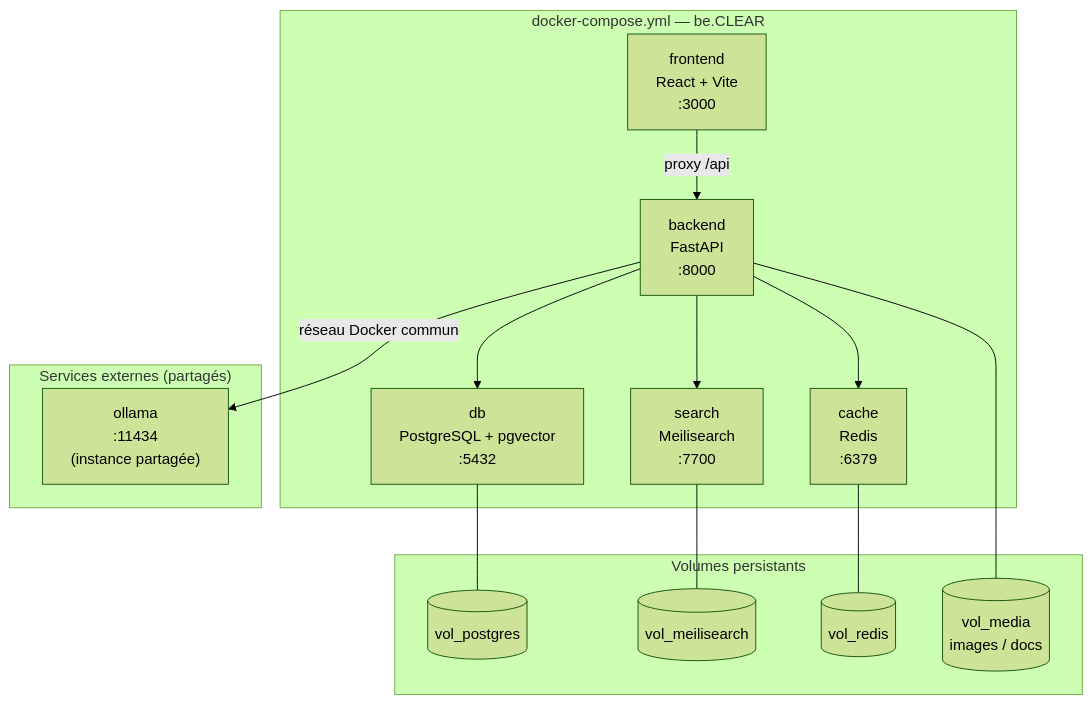
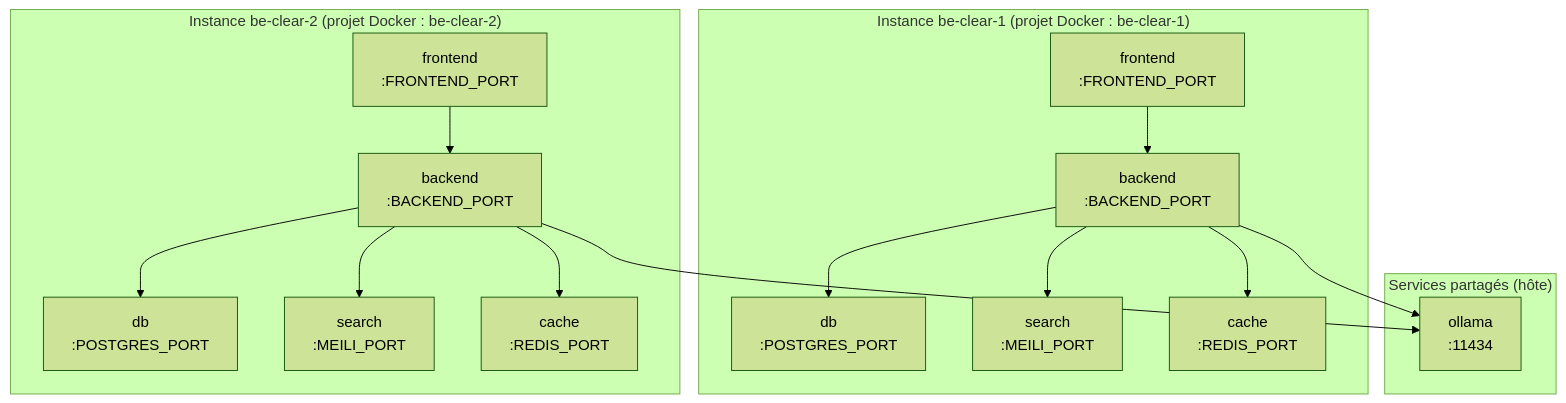
Before and after one commit to pat-the-geek/be-clear: the second of 10 diagrams in design/architecture/architecture-systeme.md, drawn with Mermaid (forest theme). The commit also changed other lines of this file, not shown here.

First line of the commit message:
docs: mettre à jour l'architecture système — multi-instance et bootstrap

````diff
--- a/design/architecture/architecture-systeme.md
+++ b/design/architecture/architecture-systeme.md
@@ -68,32 +70,32 @@
 ```mermaid
 graph TB
-    subgraph COMPOSE["docker-compose.yml — be.CLEAR"]
-        FE_C["frontend\nReact + Vite\n:3000"]
-        BE_C["backend\nFastAPI\n:8000"]
-        DB_C["db\nPostgreSQL + pgvector\n:5432"]
-        SEARCH_C["search\nMeilisearch\n:7700"]
-        CACHE_C["cache\nRedis\n:6379"]
+    subgraph INST1["Instance be-clear-1 (projet Docker : be-clear-1)"]
+        FE1["frontend\n:FRONTEND_PORT"]
+        BE1["backend\n:BACKEND_PORT"]
+        DB1["db\n:POSTGRES_PORT"]
+        S1["search\n:MEILI_PORT"]
+        C1["cache\n:REDIS_PORT"]
     end
 
-    subgraph EXTERNAL_D["Services externes (partagés)"]
-        OLLAMA_C["ollama\n:11434\n(instance partagée)"]
+    subgraph INST2["Instance be-clear-2 (projet Docker : be-clear-2)"]
+        FE2["frontend\n:FRONTEND_PORT"]
+        BE2["backend\n:BACKEND_PORT"]
+        DB2["db\n:POSTGRES_PORT"]
+        S2["search\n:MEILI_PORT"]
+        C2["cache\n:REDIS_PORT"]
     end
 
-    subgraph VOLUMES["Volumes persistants"]
-        V_DB[("vol_postgres")]
-        V_SEARCH[("vol_meilisearch")]
-        V_CACHE[("vol_redis")]
-        V_MEDIA[("vol_media\nimages / docs")]
+    subgraph SHARED["Services partagés (hôte)"]
+        OLLAMA["ollama\n:11434"]
     end
 
-    FE_C -- "proxy /api" --> BE_C
-    BE_C --> DB_C
-    BE_C --> SEARCH_C
-    BE_C --> CACHE_C
-    BE_C -- "réseau Docker commun" --> OLLAMA_C
+    FE1 --> BE1 --> DB1
+    BE1 --> S1
+    BE1 --> C1
+    BE1 --> OLLAMA
 
-    DB_C --- V_DB
-    SEARCH_C --- V_SEARCH
-    CACHE_C --- V_CACHE
-    BE_C --- V_MEDIA
+    FE2 --> BE2 --> DB2
+    BE2 --> S2
+    BE2 --> C2
+    BE2 --> OLLAMA
 ```
````
